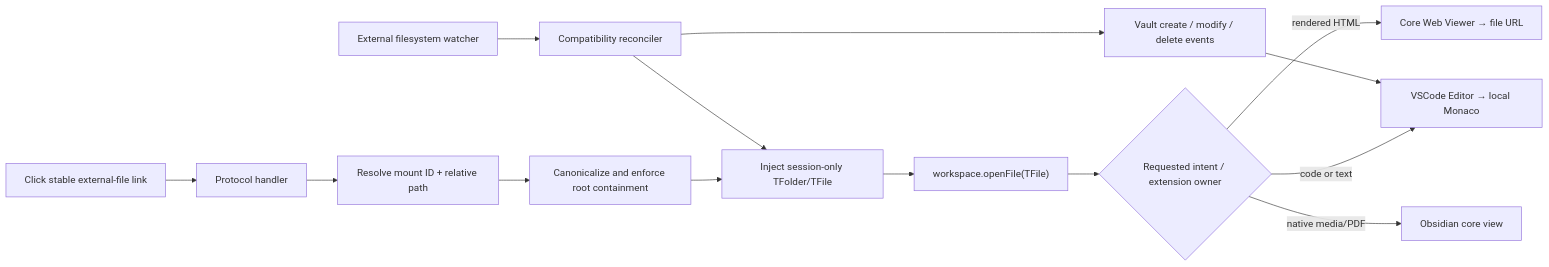
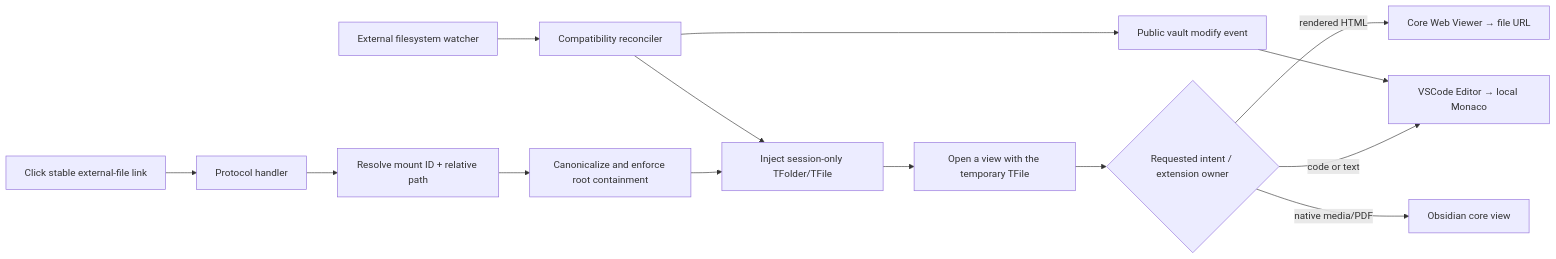
The diagram in docs/ARCHITECTURE.md (zacharyyamaoka/obsidian-external-file-bridge), drawn with Mermaid before and after one commit. The commit also changed other lines of this file and 21 other files, not shown here.

````diff
--- a/docs/ARCHITECTURE.md
+++ b/docs/ARCHITECTURE.md
@@ -30,16 +30,16 @@
 ```mermaid
 flowchart LR
     A["Click stable external-file link"] --> B["Protocol handler"]
     B --> C["Resolve mount ID + relative path"]
     C --> D["Canonicalize and enforce root containment"]
     D --> E["Inject session-only TFolder/TFile"]
-    E --> F["workspace.openFile(TFile)"]
+    E --> F["Open a view with the temporary TFile"]
     F --> G{"Requested intent / extension owner"}
     G -->|"code or text"| H["VSCode Editor → local Monaco"]
     G -->|"rendered HTML"| I["Core Web Viewer → file URL"]
     G -->|"native media/PDF"| J["Obsidian core view"]
     K["External filesystem watcher"] --> L["Compatibility reconciler"]
     L --> E
-    L --> M["Vault create / modify / delete events"]
+    L --> M["Public vault modify event"]
     M --> H
 ```
````
